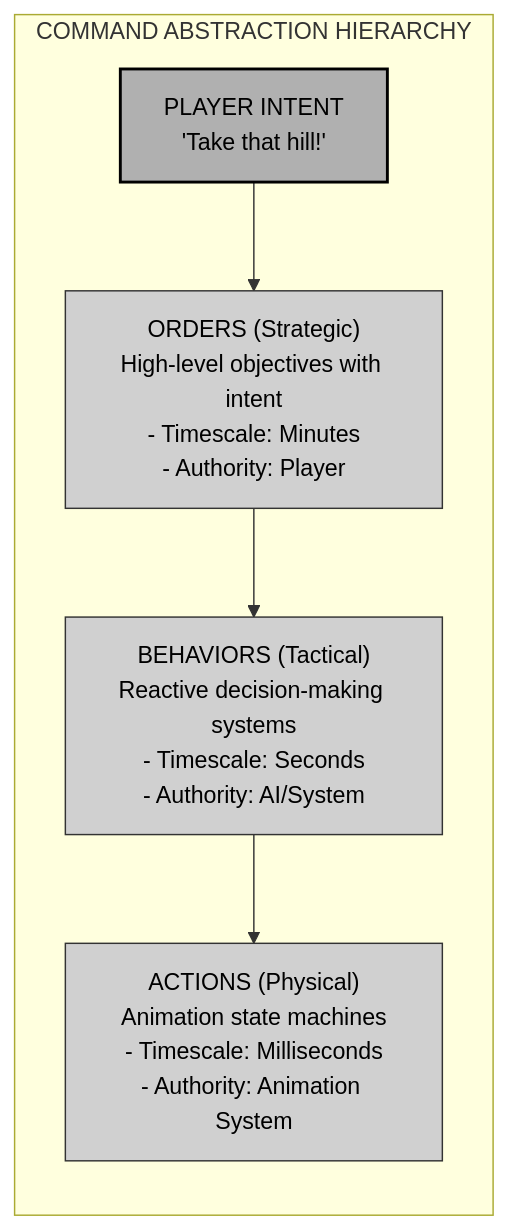
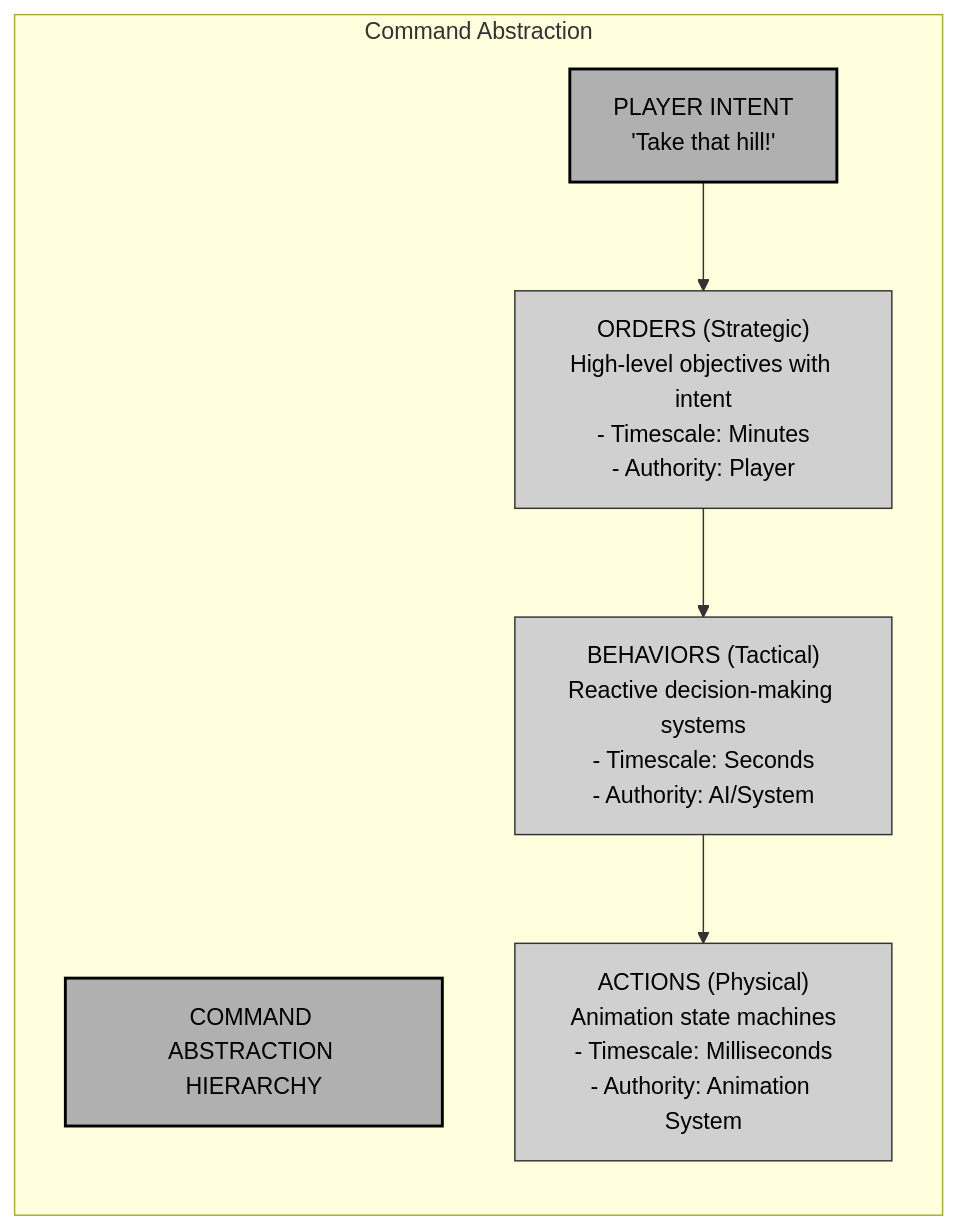
The first of 5 diagrams in chapter_06_orders_ai.md (jukofyork/close-combat-architecture-study), drawn with Mermaid before and after one commit. The commit also changed other lines of this file and 5 other files, not shown here.

````diff
--- a/chapter_06_orders_ai.md
+++ b/chapter_06_orders_ai.md
@@ -7,24 +7,25 @@
 ```mermaid
 flowchart TB
-    subgraph Hierarchy["COMMAND ABSTRACTION HIERARCHY"]
+    subgraph Hierarchy["Command Abstraction"]
+        TITLE["COMMAND ABSTRACTION HIERARCHY"]:::dark
         direction TB
         
         PI["PLAYER INTENT<br/>'Take that hill!'"]
         
         ORDERS["ORDERS (Strategic)<br/>High-level objectives with intent<br/>- Timescale: Minutes<br/>- Authority: Player"]
         
         BEHAVIORS["BEHAVIORS (Tactical)<br/>Reactive decision-making systems<br/>- Timescale: Seconds<br/>- Authority: AI/System"]
         
         ACTIONS["ACTIONS (Physical)<br/>Animation state machines<br/>- Timescale: Milliseconds<br/>- Authority: Animation System"]
         
         PI --> ORDERS --> BEHAVIORS --> ACTIONS
     end
     
     classDef default fill:#fff,stroke:#000,stroke-width:1px,color:#000
     classDef light fill:#f0f0f0,stroke:#333,stroke-width:1px,color:#000
     classDef medium fill:#d0d0d0,stroke:#333,stroke-width:1px,color:#000
     classDef dark fill:#b0b0b0,stroke:#000,stroke-width:2px,color:#000
     
     class PI dark
     class ORDERS,BEHAVIORS,ACTIONS medium
 ```
````
